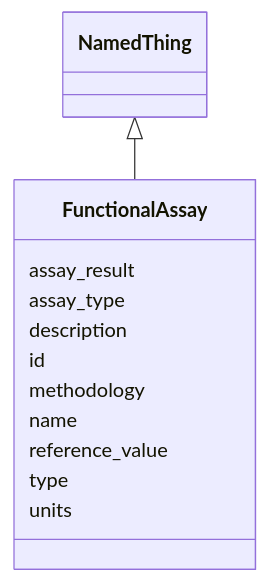
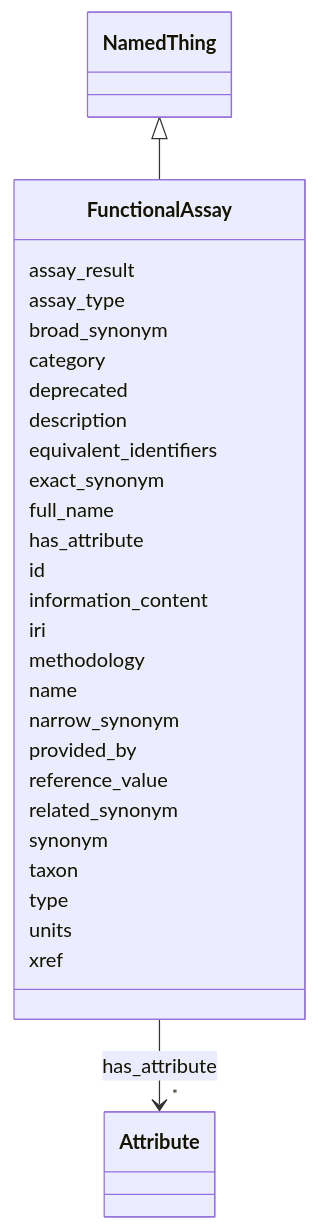
Before and after one commit to monarch-initiative/namo: the diagram in docs/elements/FunctionalAssay.md, drawn with Mermaid. The commit also changed other lines of this file and 1232 other files, not shown here.

````diff
--- a/docs/elements/FunctionalAssay.md
+++ b/docs/elements/FunctionalAssay.md
@@ -18,27 +23,66 @@
 ```mermaid
  classDiagram
     class FunctionalAssay
     click FunctionalAssay href "../FunctionalAssay/"
       NamedThing <|-- FunctionalAssay
         click NamedThing href "../NamedThing/"
       
       FunctionalAssay : assay_result
         
       FunctionalAssay : assay_type
         
+      FunctionalAssay : broad_synonym
+        
+      FunctionalAssay : category
+        
+      FunctionalAssay : deprecated
+        
       FunctionalAssay : description
         
+      FunctionalAssay : equivalent_identifiers
+        
+      FunctionalAssay : exact_synonym
+        
+      FunctionalAssay : full_name
+        
+      FunctionalAssay : has_attribute
+        
+          
+    
+        
+        
+        FunctionalAssay --> "*" Attribute : has_attribute
+        click Attribute href "../Attribute/"
+    
+
+        
       FunctionalAssay : id
+        
+      FunctionalAssay : information_content
+        
+      FunctionalAssay : iri
         
       FunctionalAssay : methodology
         
       FunctionalAssay : name
         
+      FunctionalAssay : narrow_synonym
+        
+      FunctionalAssay : provided_by
+        
       FunctionalAssay : reference_value
+        
+      FunctionalAssay : related_synonym
+        
+      FunctionalAssay : synonym
+        
+      FunctionalAssay : taxon
         
       FunctionalAssay : type
         
       FunctionalAssay : units
         
+      FunctionalAssay : xref
+        
       
 ```
````
